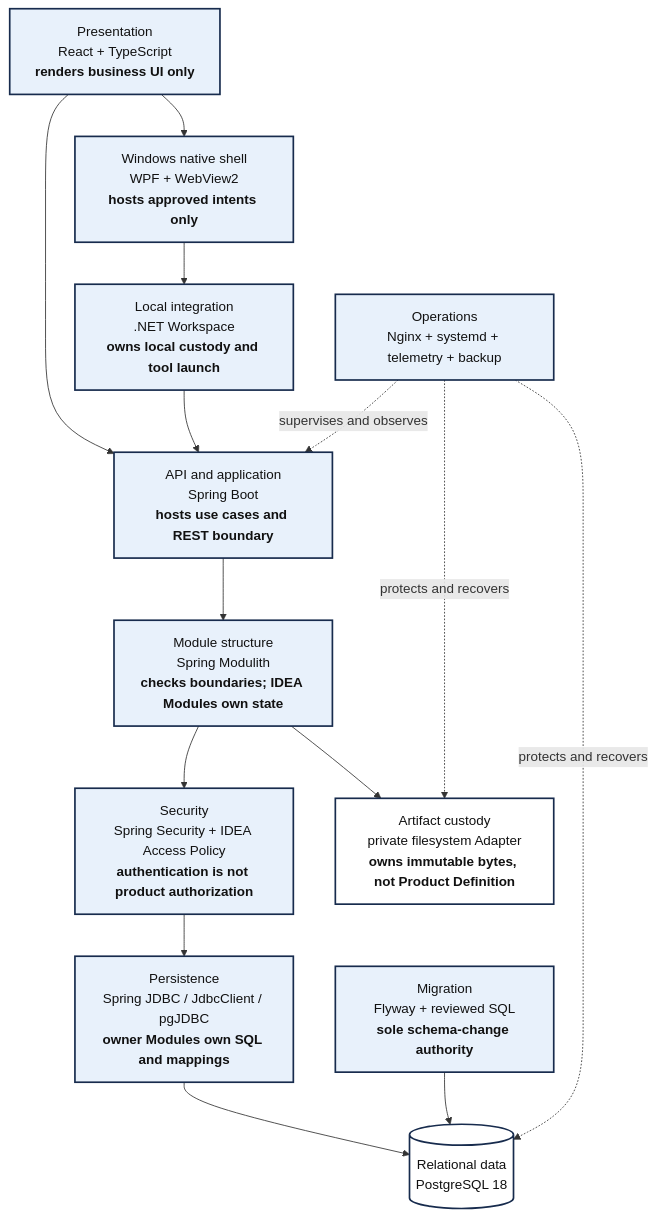
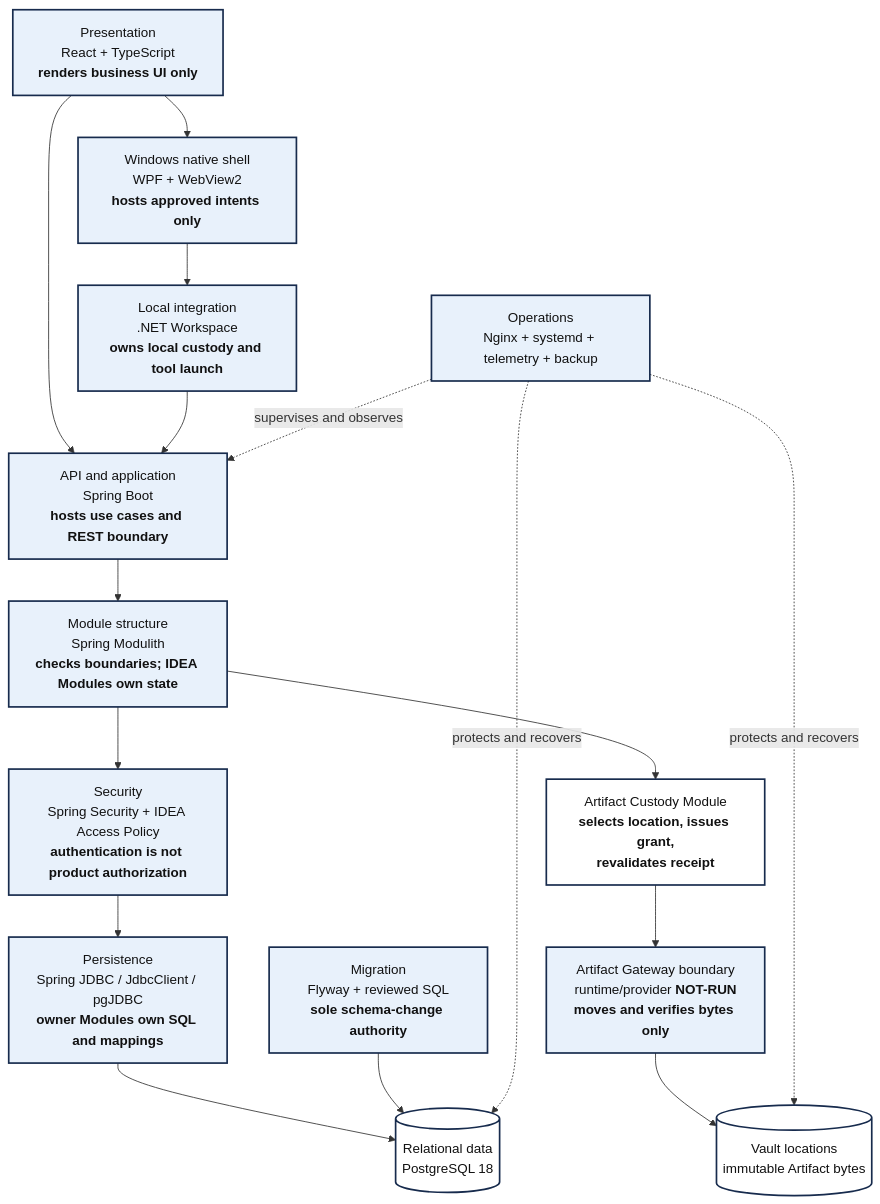
Before and after one commit to devphuclam/IDEAEngineering: the third of 8 diagrams in docs/product/instances/idea-engineering/technology/IDEA-core-v0-technology-architecture-views.md, drawn with Mermaid. The commit also changed other lines of this file and 496 other files, not shown here.

Commit message:
docs: update vault architecture and clean repository evidence

````diff
--- a/docs/product/instances/idea-engineering/technology/IDEA-core-v0-technology-architecture-views.md
+++ b/docs/product/instances/idea-engineering/technology/IDEA-core-v0-technology-architecture-views.md
@@ -168,32 +193,35 @@
 ```mermaid
 flowchart TB
     accTitle: Technology to responsibility layer mapping
-    accDescr: The presentation layer uses React and TypeScript, a narrow Windows shell uses WPF and WebView2, and local integration belongs to the dotnet Workspace. Spring Boot hosts API and application coordination while Spring Modulith checks module structure. Spring Security authenticates, IDEA Access Policy authorizes, Spring JDBC and PostgreSQL persist relational state, Flyway controls schema change, Artifact Custody controls bytes, and systemd Nginx and telemetry support operations.
+    accDescr: The presentation layer uses React and TypeScript, a narrow Windows shell uses WPF and WebView2, and local integration belongs to the dotnet Workspace. Spring Boot hosts API and application coordination while Spring Modulith checks module structure. Spring Security authenticates, IDEA Access Policy authorizes, Spring JDBC and PostgreSQL persist relational state, Flyway controls schema change, Artifact Custody selects Vault locations and verifies transfer evidence, while an Artifact Gateway handles scoped bytes without owning product publication.
 
     P[Presentation<br/>React + TypeScript<br/><b>renders business UI only</b>]
     Shell[Windows native shell<br/>WPF + WebView2<br/><b>hosts approved intents only</b>]
     Local[Local integration<br/>.NET Workspace<br/><b>owns local custody and tool launch</b>]
     API[API and application<br/>Spring Boot<br/><b>hosts use cases and REST boundary</b>]
     Modules[Module structure<br/>Spring Modulith<br/><b>checks boundaries; IDEA Modules own state</b>]
     Security[Security<br/>Spring Security + IDEA Access Policy<br/><b>authentication is not product authorization</b>]
     Persist[Persistence<br/>Spring JDBC / JdbcClient / pgJDBC<br/><b>owner Modules own SQL and mappings</b>]
     Migration[Migration<br/>Flyway + reviewed SQL<br/><b>sole schema-change authority</b>]
     Data[(Relational data<br/>PostgreSQL 18)]
-    Custody[Artifact custody<br/>private filesystem Adapter<br/><b>owns immutable bytes, not Product Definition</b>]
+    Custody[Artifact Custody Module<br/><b>selects location, issues grant,<br/>revalidates receipt</b>]
+    Gateway[Artifact Gateway boundary<br/>runtime/provider <b>NOT-RUN</b><br/><b>moves and verifies bytes only</b>]
+    Vaults[(Vault locations<br/>immutable Artifact bytes)]
     Ops[Operations<br/>Nginx + systemd + telemetry + backup]
 
     P --> Shell --> Local
     P --> API
     Local --> API
     API --> Modules --> Security --> Persist --> Data
     Migration --> Data
-    Modules --> Custody
+    Modules --> Custody --> Gateway --> Vaults
     Ops -. supervises and observes .-> API
     Ops -. protects and recovers .-> Data
-    Ops -. protects and recovers .-> Custody
+    Ops -. protects and recovers .-> Vaults
 
     classDef selected fill:#e8f1fb,stroke:#172b4d,stroke-width:2px,color:#111;
     classDef authority fill:#fff,stroke:#172b4d,stroke-width:2px,color:#111;
     class P,Shell,Local,API,Modules,Security,Persist,Migration,Ops selected;
-    class Data,Custody authority;
+    class Data,Custody,Vaults authority;
+    class Gateway selected;
 ```
````
